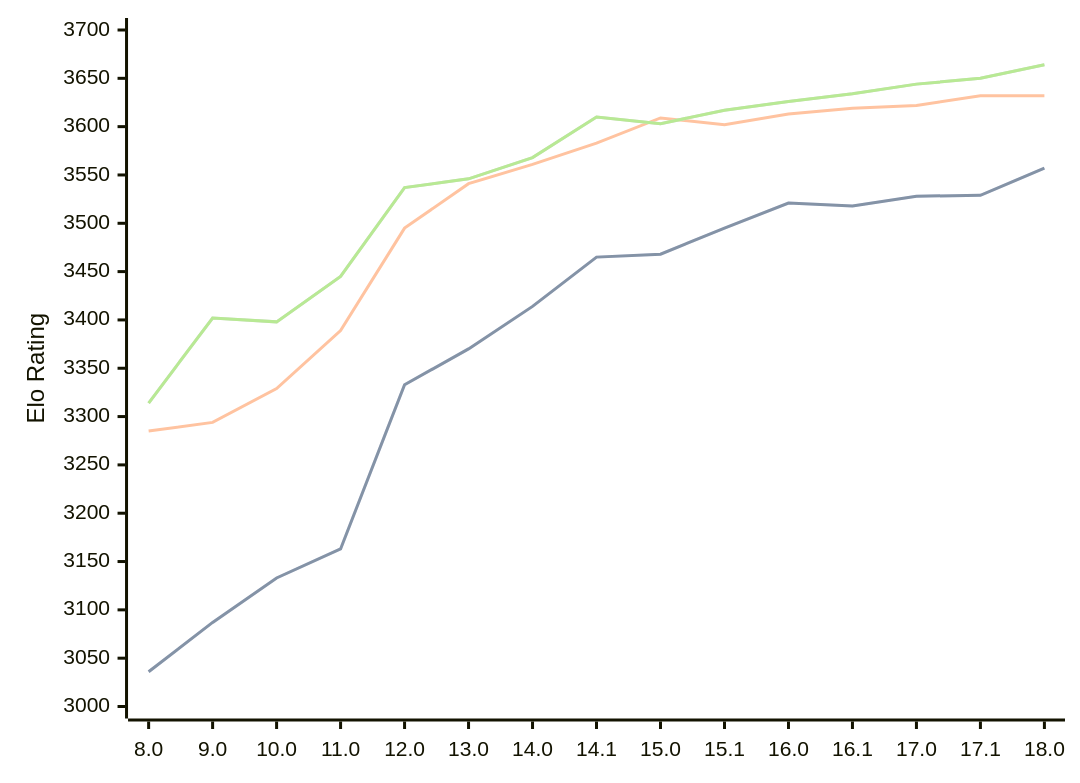
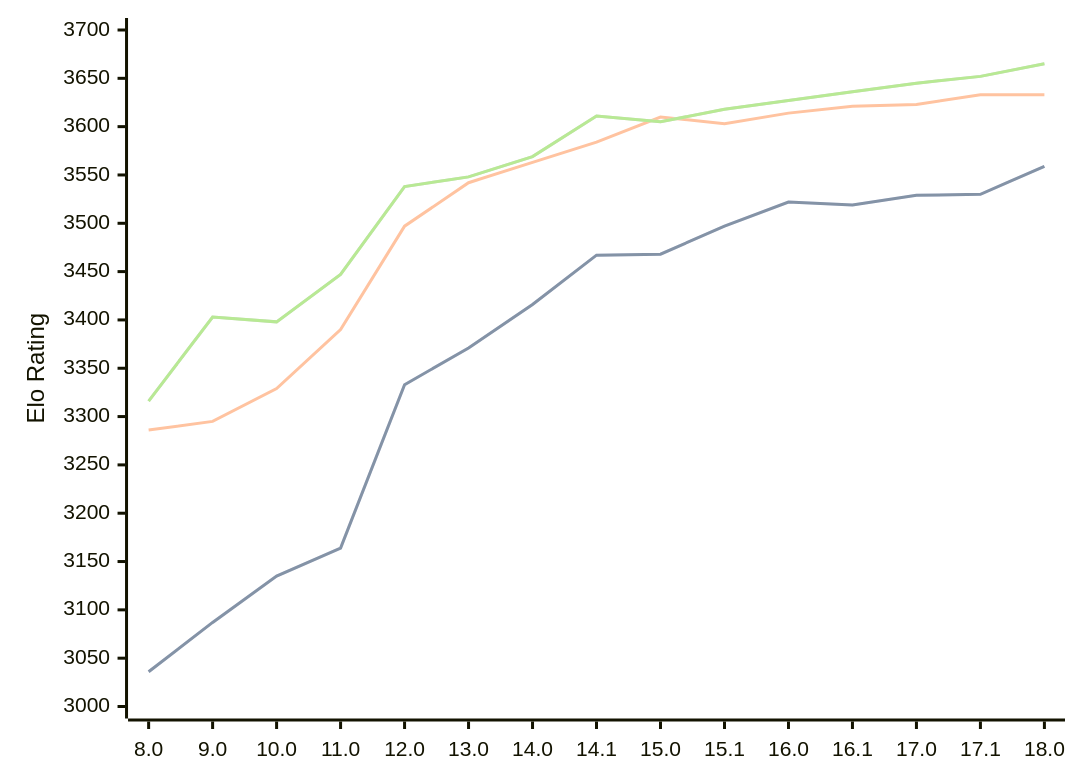
The diagram in engines/Stockfish.md (computer-chess-index/cci), drawn with Mermaid before and after one commit. The commit also changed other lines of this file, not shown here.

Commit message:
Update CCI Ratings (ELO VLTC) - 2026-05-12

````diff
--- a/engines/Stockfish.md
+++ b/engines/Stockfish.md
@@ -46,11 +46,11 @@
 ```mermaid
 %%{init: {"theme":"base","themeVariables":{"seriesColors:['#a3a3a3','#222221','#faa371']}}}%%
 xychart-beta
   x-axis ["8.0", "9.0", "10.0", "11.0", "12.0", "13.0", "14.0", "14.1", "15.0", "15.1", "16.0", "16.1", "17.0", "17.1", "18.0"]
   y-axis "Elo Rating" 3000 --> 3700
-  line "STC (8.0+0.08s)" [3036, 3087, 3133, 3163, 3333, 3370, 3414, 3465, 3468, 3495, 3521, 3518, 3528, 3529, 3557]
-  line "STC (8.0+0.08s)" [3036, 3087, 3133, 3163, 3333, 3370, 3414, 3465, 3468, 3495, 3521, 3518, 3528, 3529, 3557]
-  line "LTC (60.0+0.60s)" [3285, 3294, 3329, 3389, 3495, 3541, 3561, 3583, 3609, 3602, 3613, 3619, 3622, 3632, 3632]
-  line "VLTC (2m24s+1.12s)" [3314, 3402, 3398, 3445, 3537, 3546, 3568, 3610, 3603, 3617, 3626, 3634, 3644, 3650, 3664]
-  line "VLTC (2m24s+1.12s)" [3314, 3402, 3398, 3445, 3537, 3546, 3568, 3610, 3603, 3617, 3626, 3634, 3644, 3650, 3664]
+  line "STC (8.0+0.08s)" [3036, 3087, 3135, 3164, 3333, 3371, 3416, 3467, 3468, 3497, 3522, 3519, 3529, 3530, 3559]
+  line "STC (8.0+0.08s)" [3036, 3087, 3135, 3164, 3333, 3371, 3416, 3467, 3468, 3497, 3522, 3519, 3529, 3530, 3559]
+  line "LTC (60.0+0.60s)" [3286, 3295, 3329, 3390, 3497, 3542, 3563, 3584, 3610, 3603, 3614, 3621, 3623, 3633, 3633]
+  line "VLTC (2m24s+1.12s)" [3316, 3403, 3398, 3447, 3538, 3548, 3569, 3611, 3605, 3618, 3627, 3636, 3645, 3652, 3665]
+  line "VLTC (2m24s+1.12s)" [3316, 3403, 3398, 3447, 3538, 3548, 3569, 3611, 3605, 3618, 3627, 3636, 3645, 3652, 3665]
 ```
````
